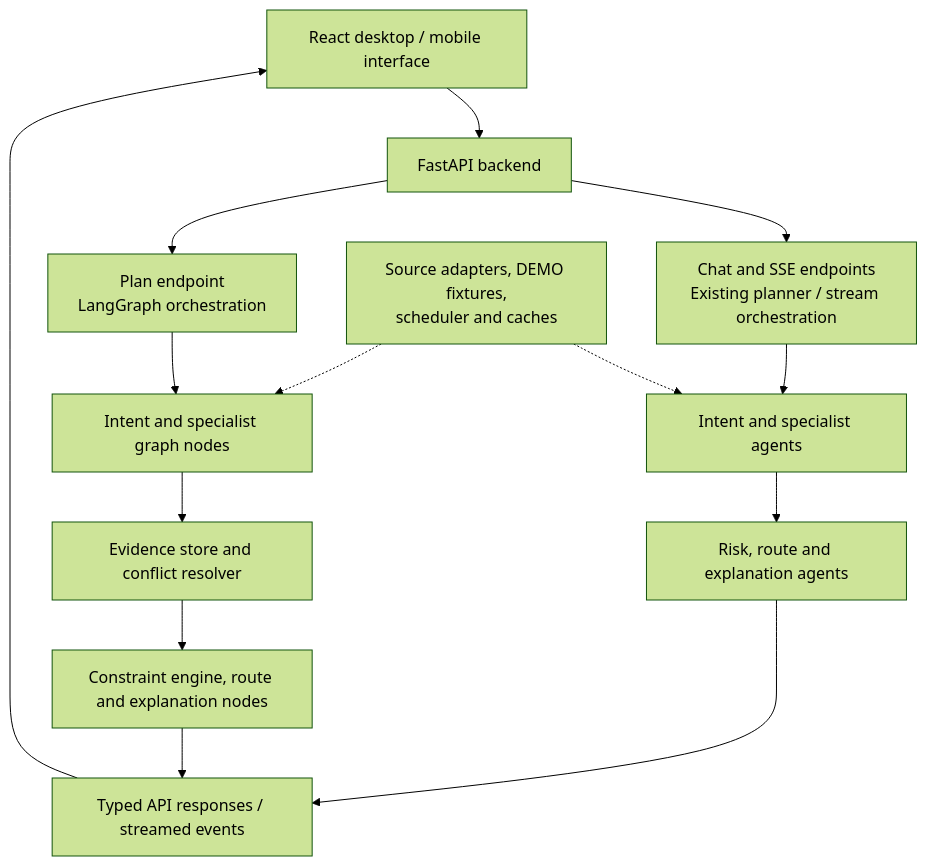
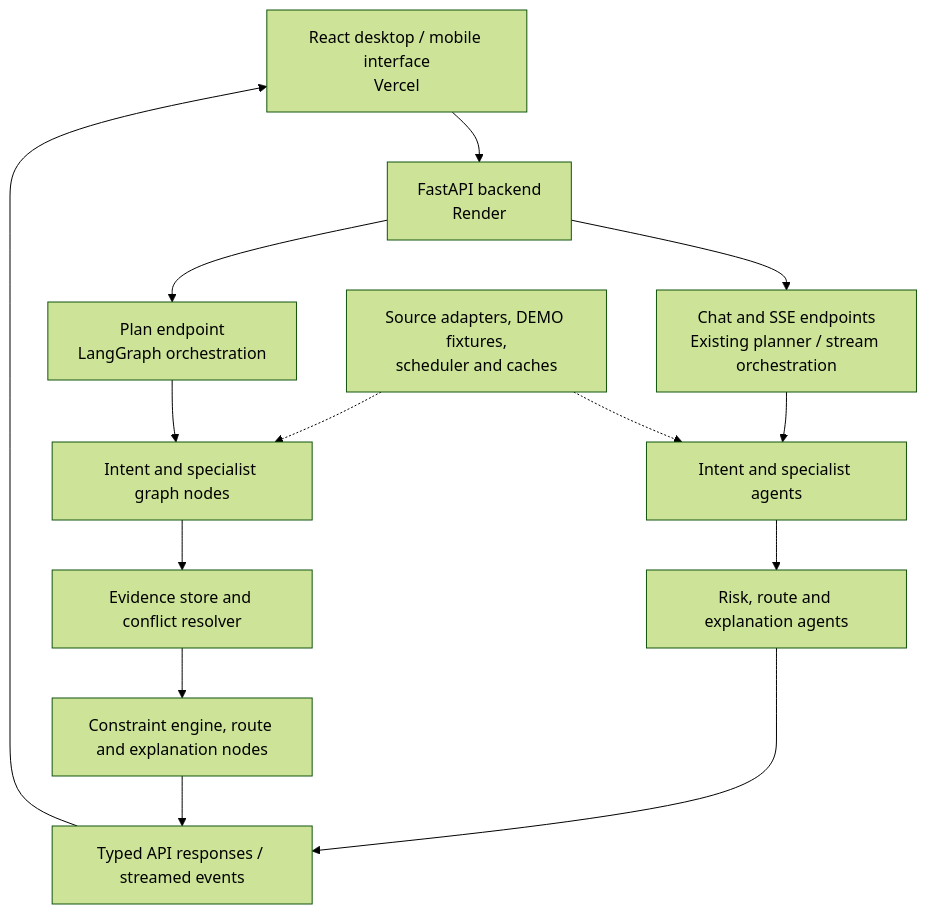
One commit to akshatog/MARVO changed the third of 3 diagrams in README.md. Above: the diagram before and after it, drawn with Mermaid (forest theme). The commit also changed other lines of this file and 15 other files, not shown here.

````diff
--- a/README.md
+++ b/README.md
@@ -255,20 +256,20 @@
 ```mermaid
 flowchart TB
-    UI["React desktop / mobile interface"]
-    API["FastAPI backend"]
+    UI["React desktop / mobile interface<br/>Vercel"]
+    API["FastAPI backend<br/>Render"]
     CHAT["Chat and SSE endpoints<br/>Existing planner / stream orchestration"]
     PLAN["Plan endpoint<br/>LangGraph orchestration"]
     S1["Intent and specialist agents"]
     S2["Intent and specialist graph nodes"]
     R1["Risk, route and explanation agents"]
     E2["Evidence store and conflict resolver"]
     R2["Constraint engine, route and explanation nodes"]
     JSON["Typed API responses / streamed events"]
     SOURCES["Source adapters, DEMO fixtures,<br/>scheduler and caches"]
     UI --> API
     API --> CHAT --> S1 --> R1 --> JSON
     API --> PLAN --> S2 --> E2 --> R2 --> JSON
     SOURCES -.-> S1
     SOURCES -.-> S2
     JSON --> UI
 ```
````
